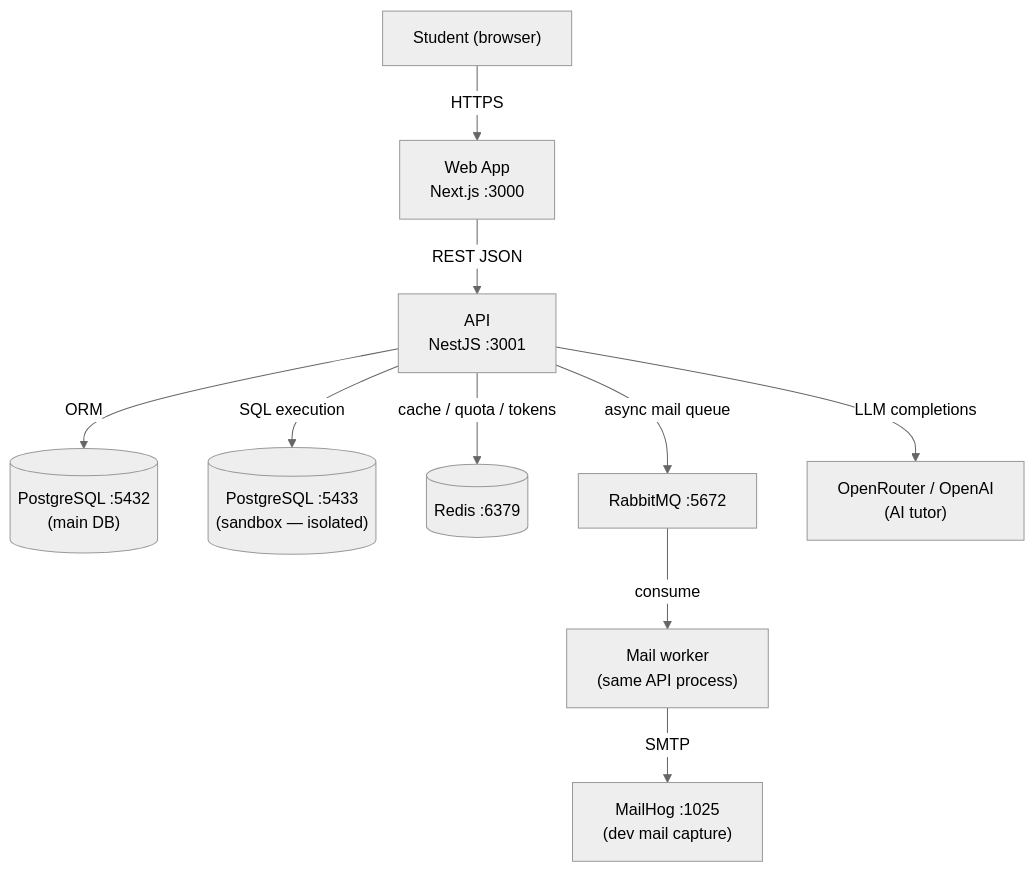
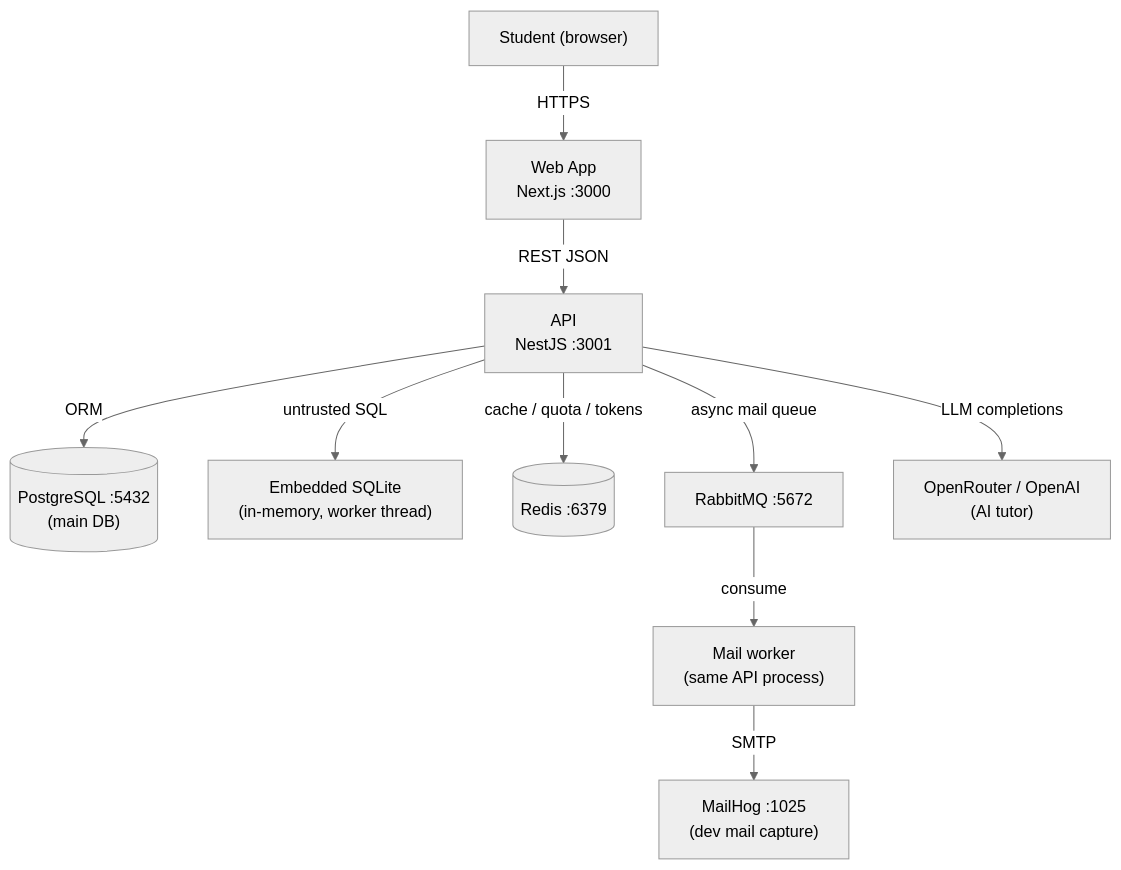
One commit to TimmyGray/sql-education changed the first of 2 diagrams in docs/architecture/overview.md. Above: the diagram before and after it, drawn with Mermaid (neutral theme). The commit also changed other lines of this file and 39 other files, not shown here.

First line of the commit message:
feat(sandbox): replace Postgres sandbox with embedded SQLite

````diff
--- a/docs/architecture/overview.md
+++ b/docs/architecture/overview.md
@@ -18,12 +18,12 @@
 ```mermaid
 graph TD
     Student["Student (browser)"] -->|HTTPS| Web["Web App\nNext.js :3000"]
     Web -->|REST JSON| API["API\nNestJS :3001"]
     API -->|ORM| DB[("PostgreSQL :5432\n(main DB)")]
-    API -->|SQL execution| SandboxDB[("PostgreSQL :5433\n(sandbox — isolated)")]
+    API -->|untrusted SQL| Sandbox["Embedded SQLite\n(in-memory, worker thread)"]
     API -->|cache / quota / tokens| Redis[("Redis :6379")]
     API -->|async mail queue| RabbitMQ["RabbitMQ :5672"]
     RabbitMQ -->|consume| MailWorker["Mail worker\n(same API process)"]
     MailWorker -->|SMTP| MailHog["MailHog :1025\n(dev mail capture)"]
     API -->|LLM completions| OpenRouter["OpenRouter / OpenAI\n(AI tutor)"]
 ```
````
